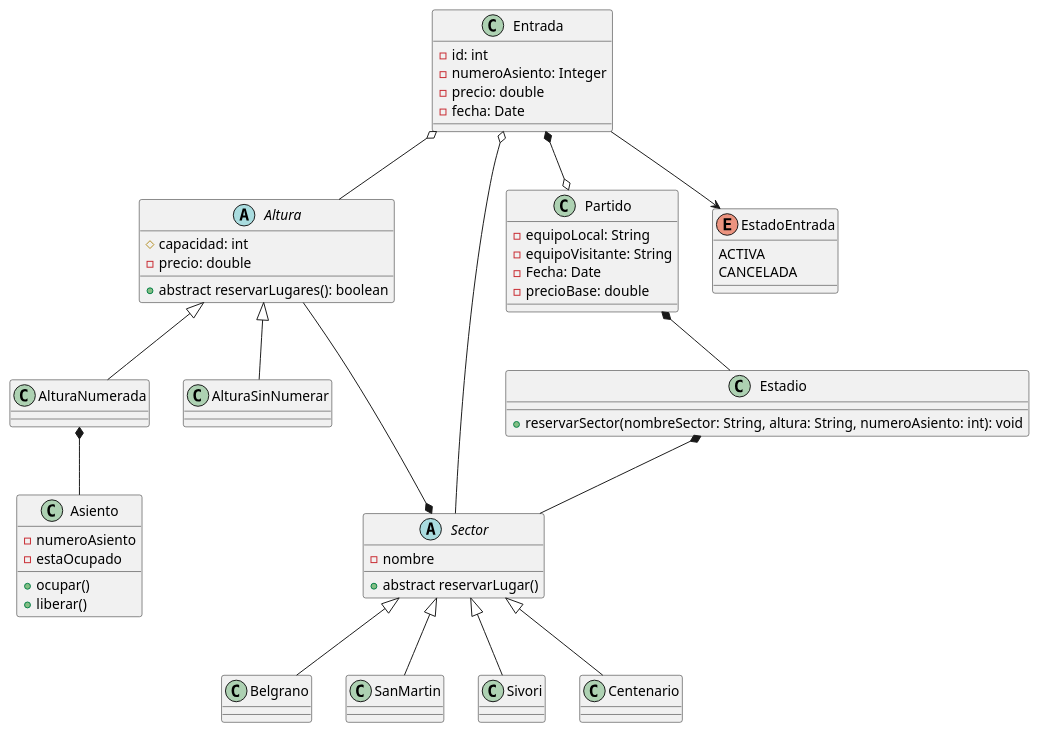
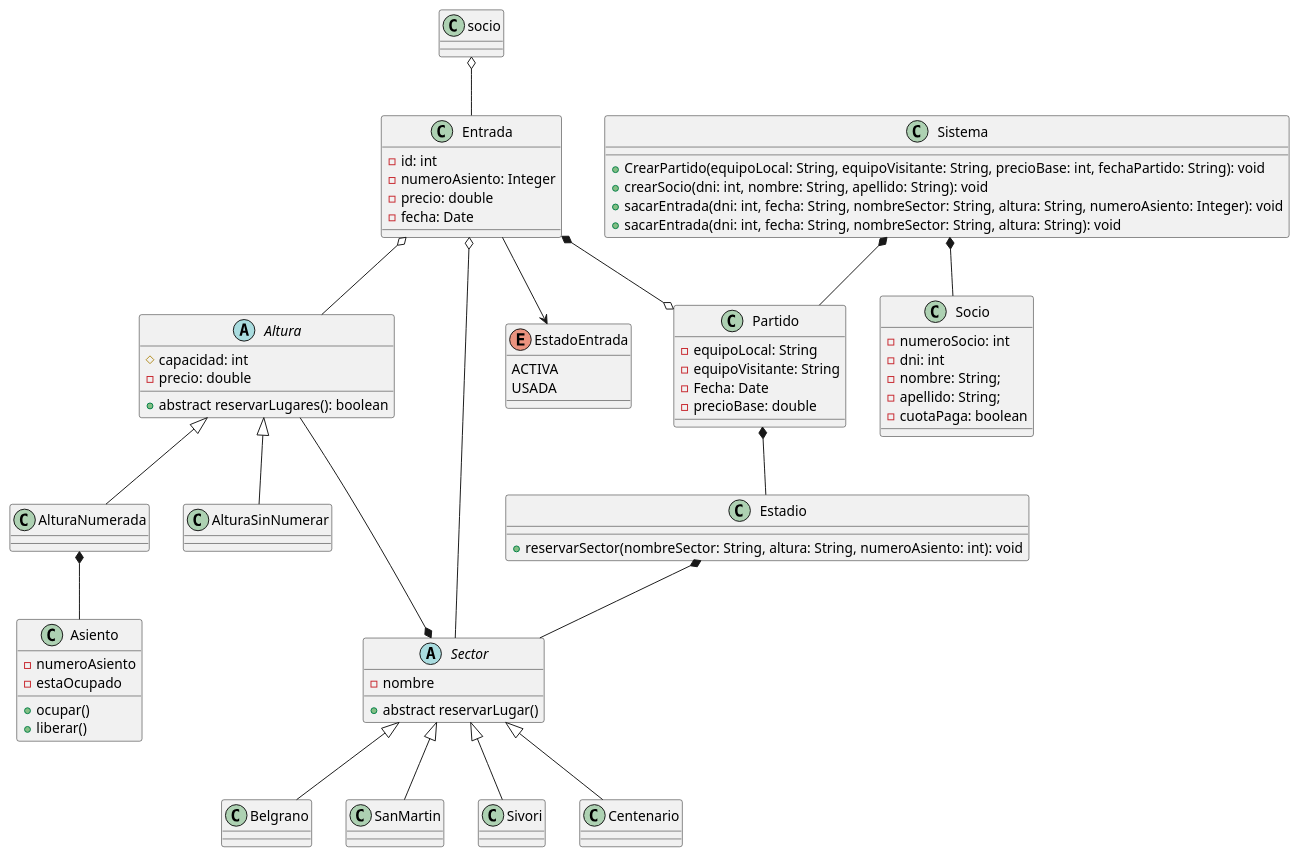
One commit to SimonForteza/TPO_POO_2024 changed the diagram in src/main/resources/diagram.puml. Above: the diagram before and after it, drawn with PlantUML.

Commit message:
cambios en el diagrama

```diff
--- a/src/main/resources/diagram.puml
+++ b/src/main/resources/diagram.puml
@@ -1,72 +1,93 @@
 @startuml
 abstract class Altura{
     #capacidad: int
     -precio: double
     +abstract reservarLugares(): boolean
 }
 
 class AlturaNumerada{}
 class AlturaSinNumerar{}
 
 class Asiento{
     -numeroAsiento
     -estaOcupado
     +ocupar()
     +liberar()
 }
 
 abstract class Sector{
     -nombre
     +abstract reservarLugar()
 }
 
 class Belgrano{}
 class SanMartin{}
 class Sivori{}
 class Centenario{}
 
 class Estadio {
     +reservarSector(nombreSector: String, altura: String, numeroAsiento: int): void
 }
 
 class Partido{
     -equipoLocal: String
     -equipoVisitante: String
     -Fecha: Date
     -precioBase: double
 }
 
 class Entrada{
     -id: int
     -numeroAsiento: Integer
     -precio: double
     -fecha: Date
 
 }
 
 enum EstadoEntrada {
     ACTIVA
-    CANCELADA
+    USADA
 }
+
+class Socio {
+    - numeroSocio: int
+    - dni: int
+    - nombre: String;
+    - apellido: String;
+    - cuotaPaga: boolean
+}
+
+class Sistema{
+    +CrearPartido(equipoLocal: String, equipoVisitante: String, precioBase: int, fechaPartido: String): void
+    +crearSocio(dni: int, nombre: String, apellido: String): void
+    +sacarEntrada(dni: int, fecha: String, nombreSector: String, altura: String, numeroAsiento: Integer): void
+    +sacarEntrada(dni: int, fecha: String, nombreSector: String, altura: String): void
+}
+
+
+Sistema *-- Partido
+Sistema *-- Socio
+
+socio o-- Entrada
 
 Altura <|-- AlturaNumerada
 Altura <|-- AlturaSinNumerar
 
 Altura --* Sector
 AlturaNumerada *-- Asiento
 
 Sector <|-- Belgrano
 Sector <|-- SanMartin
 Sector <|-- Sivori
 Sector <|-- Centenario
 
 Estadio *-- Sector
 
 Entrada *--o Partido
 Entrada o-- Sector
 Entrada o-- Altura
 Entrada --> EstadoEntrada
 
 Partido *-- Estadio
 
 @enduml
```
